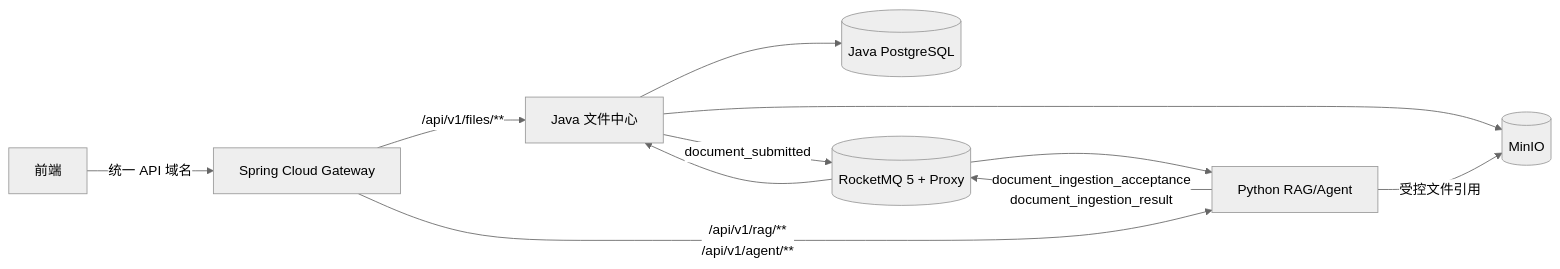
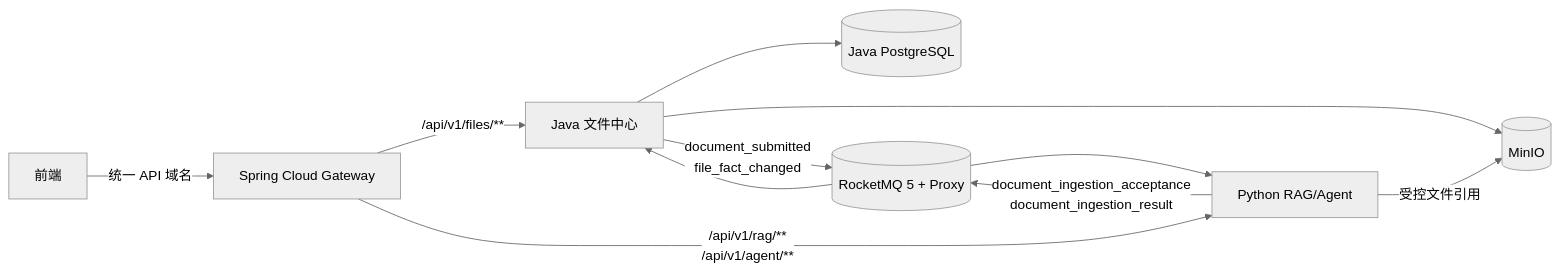
The third of 3 diagrams in docs/V0.1.0/hld/HLD-001-系统架构与技术版本基线.md (crudboy008/file-center-service), drawn with Mermaid (neutral theme) before and after one commit. The commit also changed other lines of this file and 34 other files, not shown here.

````diff
--- a/docs/V0.1.0/hld/HLD-001-系统架构与技术版本基线.md
+++ b/docs/V0.1.0/hld/HLD-001-系统架构与技术版本基线.md
@@ -96,13 +101,13 @@
 ```mermaid
 flowchart LR
     F[前端] -->|统一 API 域名| G[Spring Cloud Gateway]
     G -->|/api/v1/files/**| J[Java 文件中心]
     G -->|/api/v1/rag/**<br/>/api/v1/agent/**| R[Python RAG/Agent]
     J --> P[(Java PostgreSQL)]
     J --> M[(MinIO)]
-    J -->|document_submitted| Q[(RocketMQ 5 + Proxy)]
+    J -->|document_submitted<br/>file_fact_changed| Q[(RocketMQ 5 + Proxy)]
     Q --> R
     R -->|document_ingestion_acceptance<br/>document_ingestion_result| Q
     Q --> J
     R -->|受控文件引用| M
 ```
````
